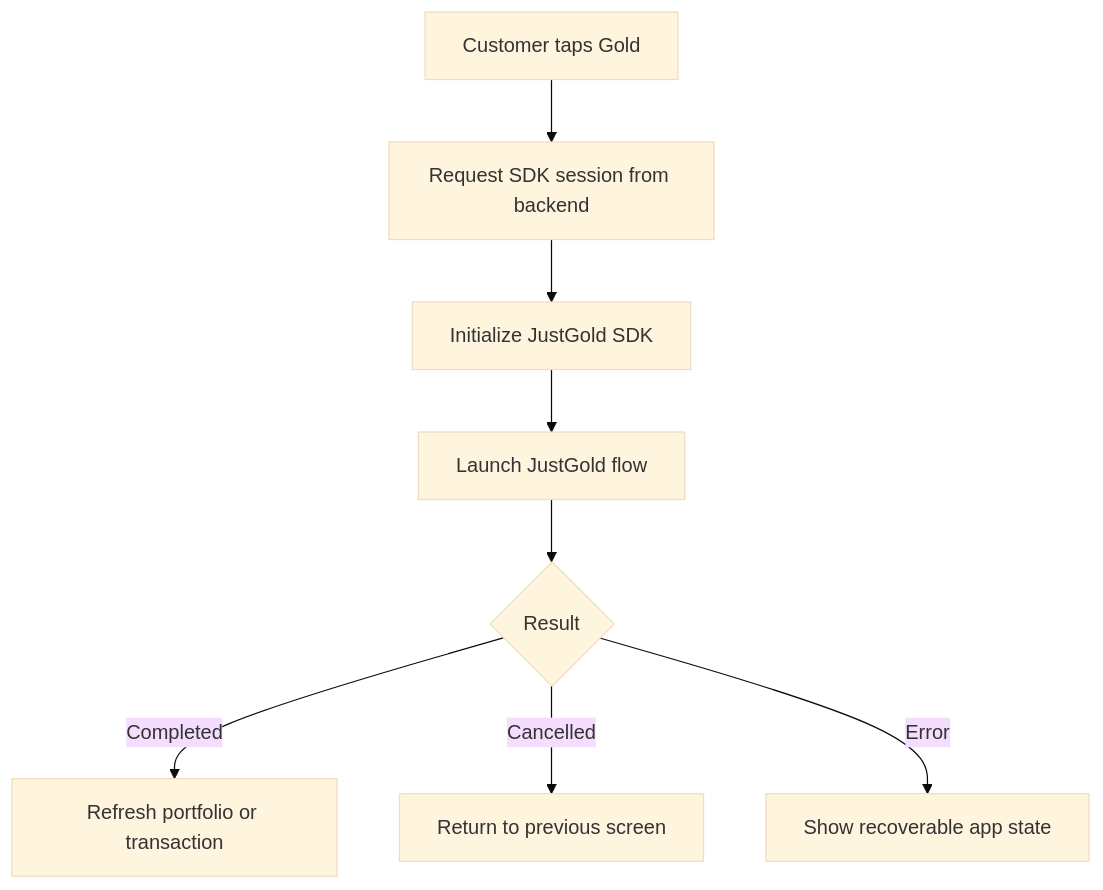
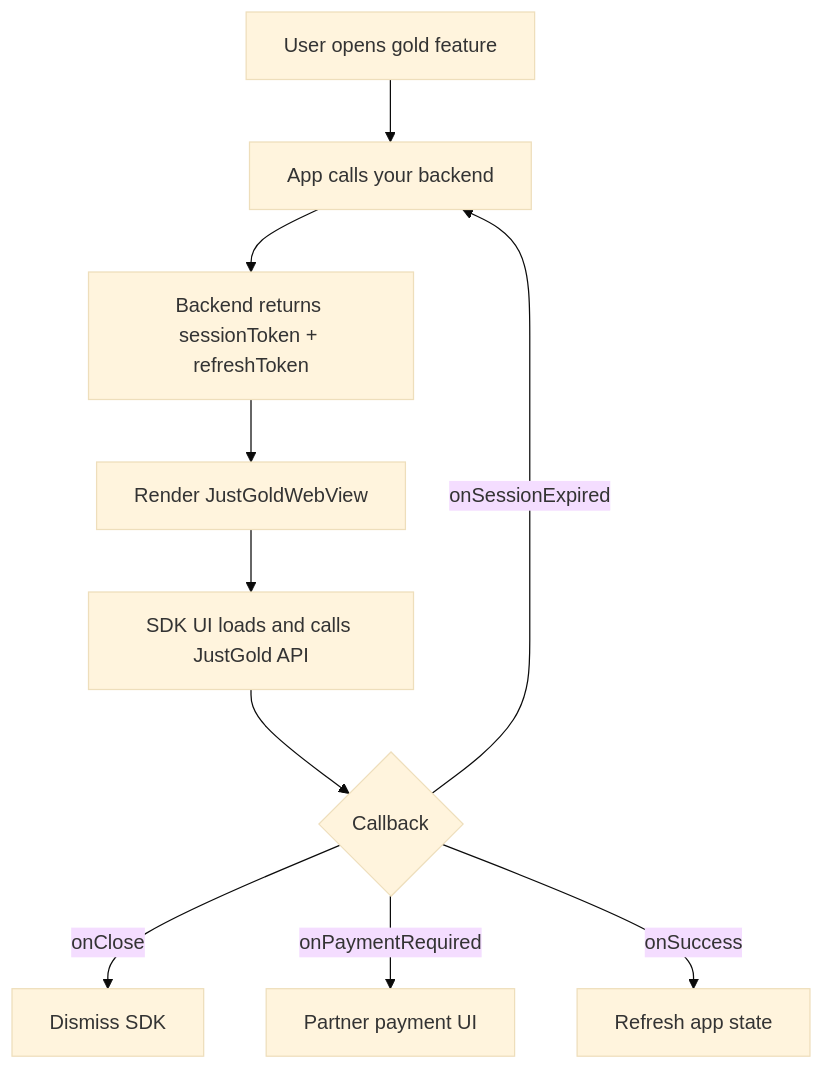
One commit to Just-Gold-JG/docs changed the diagram in sdk/react-native.md. Above: the diagram before and after it, drawn with Mermaid (base theme). The commit also changed other lines of this file and 3 other files, not shown here.

Commit message:
Enhance SDK documentation for Flutter and React Native, including updated integration flows, session management, and UI embedding details. Clarify token handling and callback implementations for improved developer guidance.

````diff
--- a/sdk/react-native.md
+++ b/sdk/react-native.md
@@ -7,10 +9,12 @@
 ```mermaid
 flowchart TD
-    A[Customer taps Gold] --> B[Request SDK session from backend]
-    B --> C[Initialize JustGold SDK]
-    C --> D[Launch JustGold flow]
-    D --> E{Result}
-    E -->|Completed| F[Refresh portfolio or transaction]
-    E -->|Cancelled| G[Return to previous screen]
-    E -->|Error| H[Show recoverable app state]
+    A[User opens gold feature] --> B[App calls your backend]
+    B --> C[Backend returns sessionToken + refreshToken]
+    C --> D[Render JustGoldWebView]
+    D --> E[SDK UI loads and calls JustGold API]
+    E --> F{Callback}
+    F -->|onClose| G[Dismiss SDK]
+    F -->|onPaymentRequired| H[Partner payment UI]
+    F -->|onSuccess| I[Refresh app state]
+    F -->|onSessionExpired| B
 ```
````
